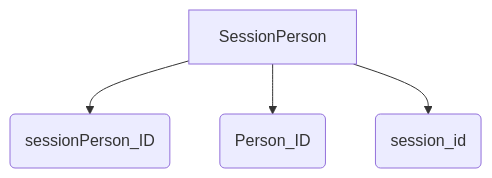
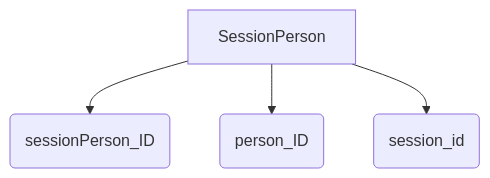
Before and after one commit to databrary/nsf-2444730: the fifth of 9 diagrams in src/spreadsheet.qmd, drawn with Mermaid. The commit also changed other lines of this file and 3 other files, not shown here.

````diff
--- a/src/spreadsheet.qmd
+++ b/src/spreadsheet.qmd
@@ -66,7 +66,7 @@
 ```{mermaid}
 %%| label: fig-spreadsheet-sessionPerson
 flowchart TD
   A[SessionPerson] --> B(sessionPerson_ID)
-  A --> C(Person_ID)
+  A --> C(person_ID)
   A --> D(session_id)
 ```
````
